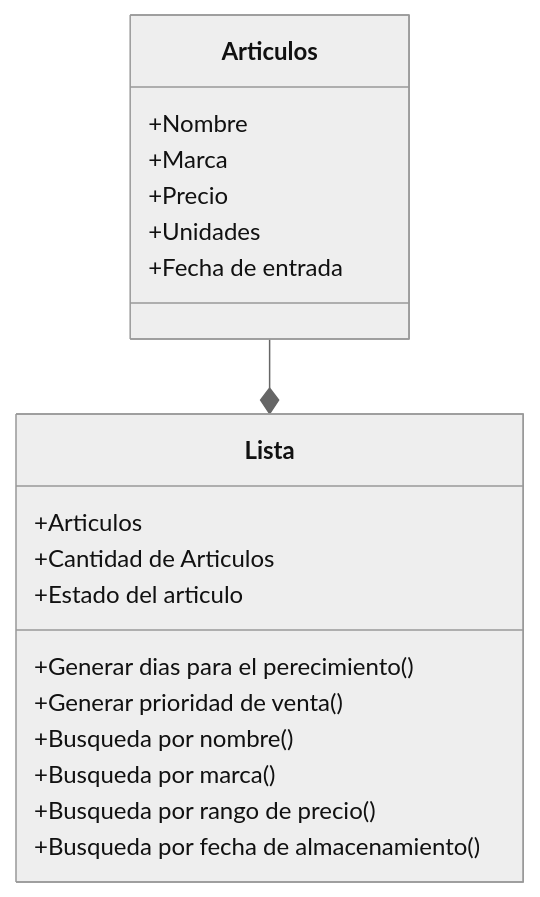
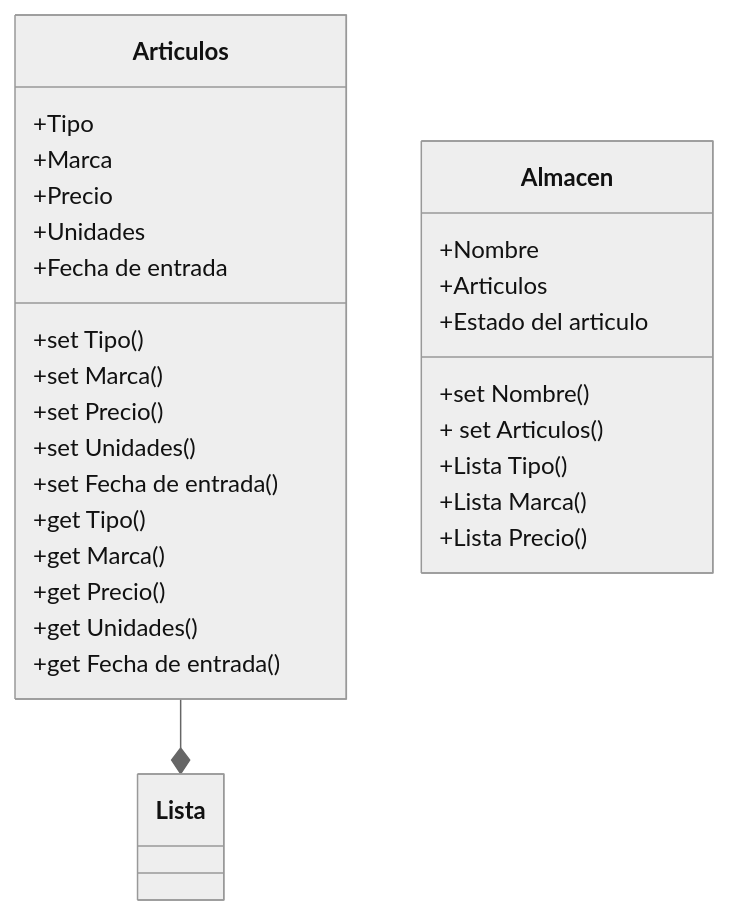
The diagram in README.md (GabrielHuertas72/Proyecto-POO-GabrielHuertas), drawn with Mermaid (neutral theme) before and after one commit.

````diff
--- a/README.md
+++ b/README.md
@@ -11,23 +11,33 @@
 ```mermaid
 classDiagram
     class Articulos{
-        +Nombre 
+        +Tipo
         +Marca  
         +Precio 
         +Unidades 
-        +Fecha de entrada 
+        +Fecha de entrada
+        +set Tipo()
+        +set Marca()
+        +set Precio()
+        +set Unidades()
+        +set Fecha de entrada()
+        +get Tipo()
+        +get Marca()
+        +get Precio()
+        +get Unidades()
+        +get Fecha de entrada()
     }
-    class Lista{
+    class Almacen{
+        +Nombre
         +Articulos
-        +Cantidad de Articulos
         +Estado del articulo
-        +Generar dias para el perecimiento()
-        +Generar prioridad de venta()
-        +Busqueda por nombre()
-        +Busqueda por marca()
-        +Busqueda por rango de precio()
-        +Busqueda por fecha de almacenamiento()
+        +set Nombre()
+        + set Articulos()
+        +Lista Tipo()
+        +Lista Marca()
+        +Lista Precio()
+
     }
      Articulos --*  Lista
 
 ```
````
